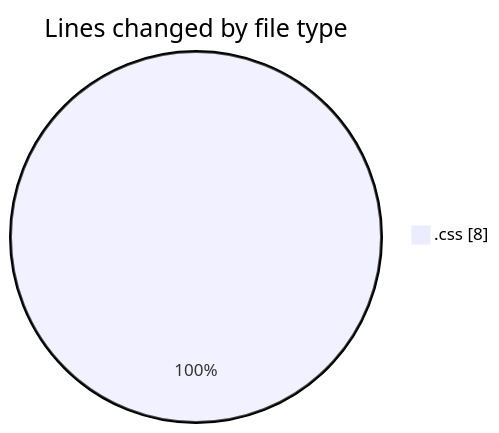
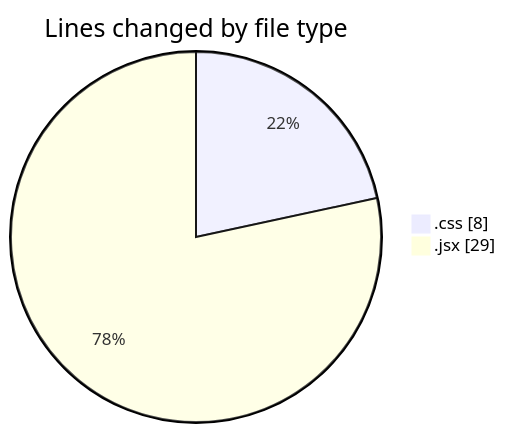
Before and after one commit to Elitesun/code-tracking: the first of 2 diagrams in 2025-02-05/react/README.md, drawn with Mermaid. The commit also changed other lines of this file and 1 other file, not shown here.

````diff
--- a/2025-02-05/react/README.md
+++ b/2025-02-05/react/README.md
@@ -20,5 +21,6 @@
 ```mermaid
 pie showData
 title Lines changed by file type
 ".css" : 8
+".jsx" : 29
 ```
````
